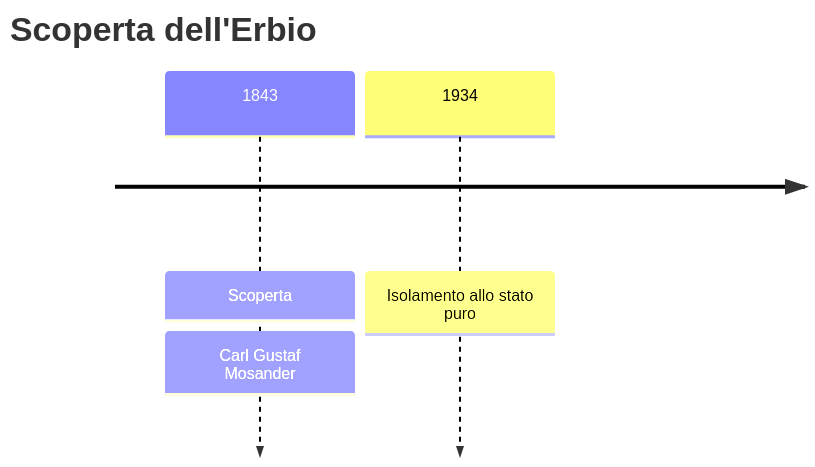
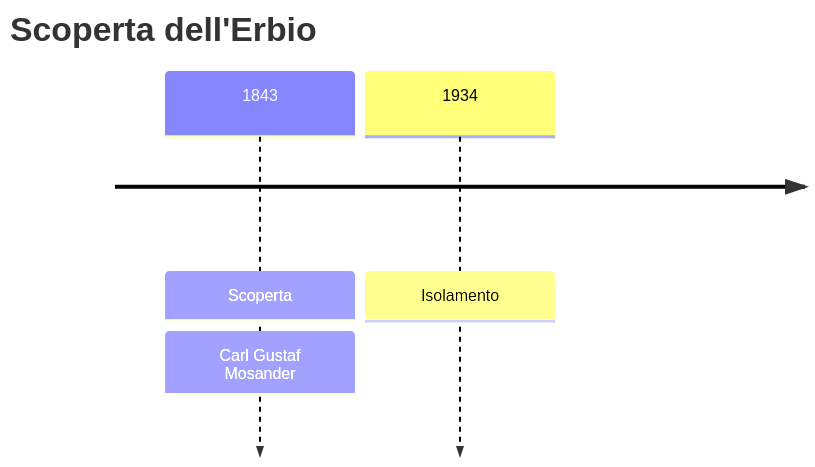
The first of 2 diagrams in vault/Elementi/Erbio.md (gianlucaciarcelluti/elements-caos), drawn with Mermaid before and after one commit. The commit also changed 56 other files, not shown here.

````diff
--- a/vault/Elementi/Erbio.md
+++ b/vault/Elementi/Erbio.md
@@ -28,6 +28,6 @@
 ```mermaid
 timeline
     title Scoperta dell'Erbio
     1843 : Scoperta : Carl Gustaf Mosander
-    1934 : Isolamento allo stato puro
+    1934 : Isolamento
 ```
````
